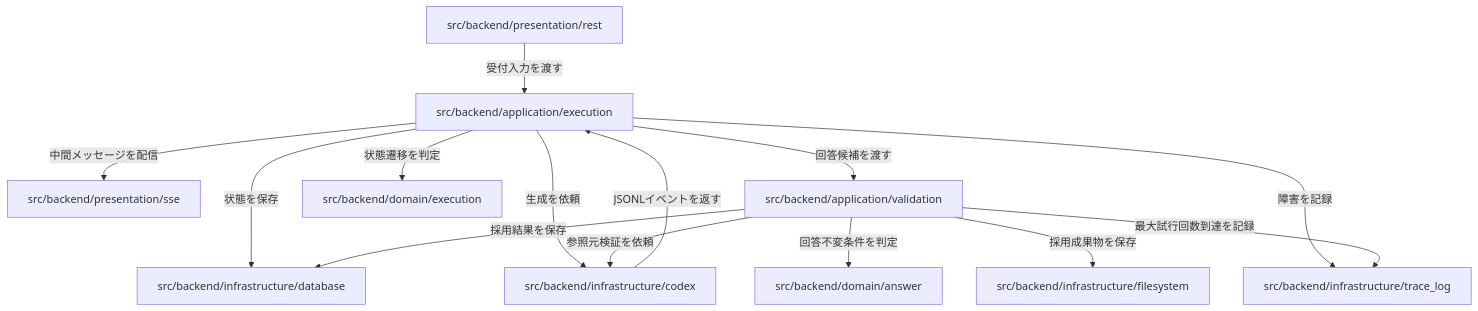
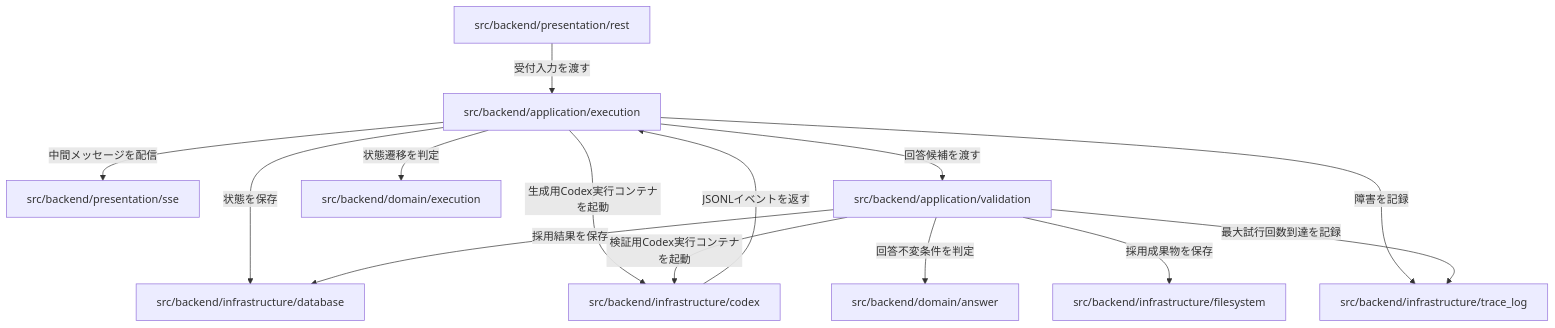
Before and after one commit to mincsys/D-Concierge: the third of 5 diagrams in docs/03_内部設計/01_アーキテクチャ設計/アーキテクチャ設計.md, drawn with Mermaid. The commit also changed other lines of this file and 136 other files, not shown here.

````diff
--- a/docs/03_内部設計/01_アーキテクチャ設計/アーキテクチャ設計.md
+++ b/docs/03_内部設計/01_アーキテクチャ設計/アーキテクチャ設計.md
@@ -161,27 +169,27 @@
 ```mermaid
 flowchart TD
     rest["src/backend/presentation/rest"]
     sse["src/backend/presentation/sse"]
     execution["src/backend/application/execution"]
     validation["src/backend/application/validation"]
     domain_execution["src/backend/domain/execution"]
     domain_answer["src/backend/domain/answer"]
     database["src/backend/infrastructure/database"]
     codex["src/backend/infrastructure/codex"]
     filesystem["src/backend/infrastructure/filesystem"]
     trace_log["src/backend/infrastructure/trace_log"]
 
     rest -->|受付入力を渡す| execution
     execution -->|状態遷移を判定| domain_execution
     execution -->|状態を保存| database
-    execution -->|生成を依頼| codex
+    execution -->|生成用Codex実行コンテナを起動| codex
     codex -->|JSONLイベントを返す| execution
     execution -->|中間メッセージを配信| sse
     execution -->|回答候補を渡す| validation
     validation -->|回答不変条件を判定| domain_answer
-    validation -->|参照元検証を依頼| codex
+    validation -->|検証用Codex実行コンテナを起動| codex
     validation -->|採用成果物を保存| filesystem
     validation -->|採用結果を保存| database
     execution -->|障害を記録| trace_log
     validation -->|最大試行回数到達を記録| trace_log
 ```
````
